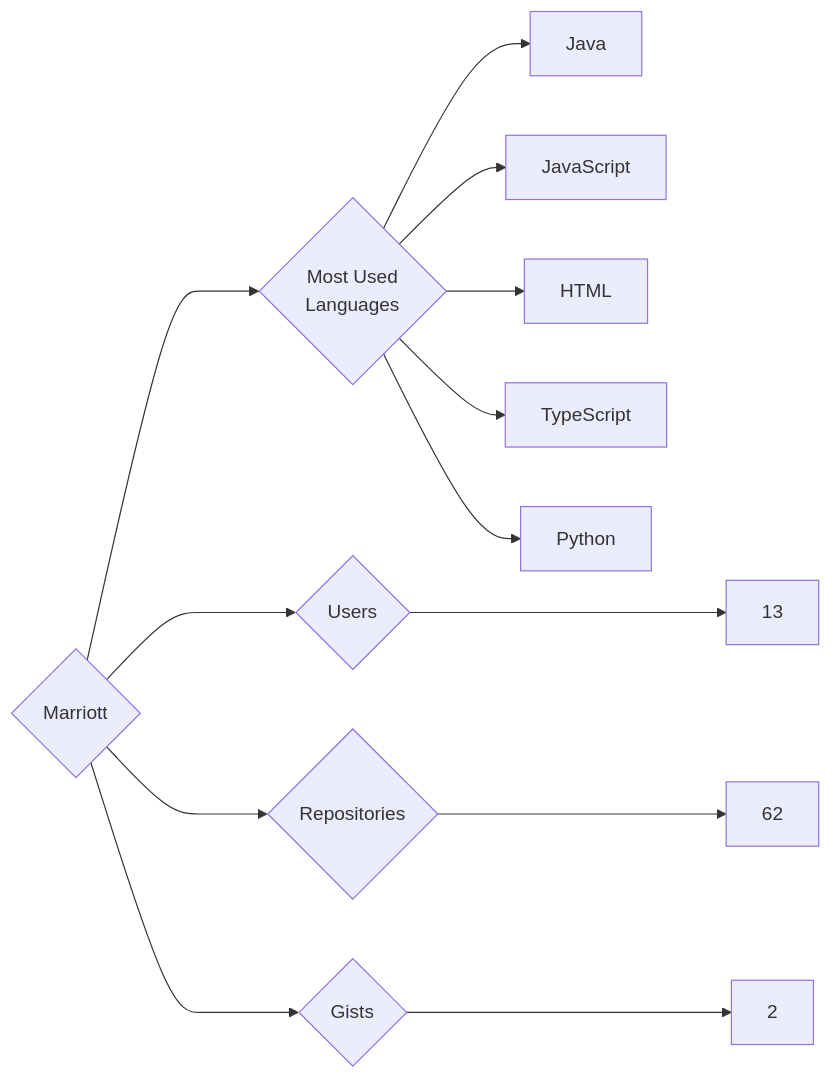
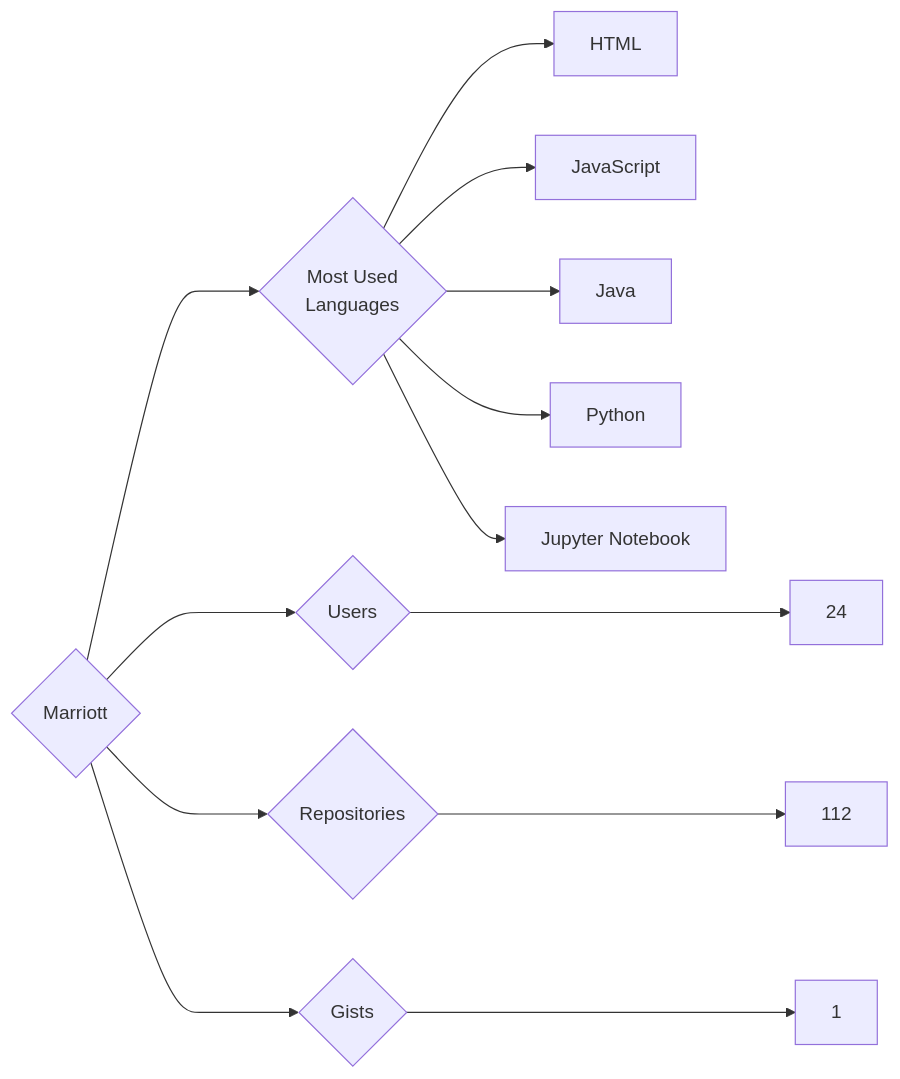
The diagram in targets/Marriott/README.md (trickest/insiders), drawn with Mermaid before and after one commit. The commit also changed 878 other files, not shown here.

````diff
--- a/targets/Marriott/README.md
+++ b/targets/Marriott/README.md
@@ -3,13 +3,13 @@
 ```mermaid
 graph LR
 COMPANY_NAME{Marriott}
-COMPANY_NAME ---> U{Users} ---> UN[13]
-COMPANY_NAME ---> R{Repositories} ---> RN[62]
-COMPANY_NAME ---> G{Gists} ---> GN[2]
+COMPANY_NAME ---> U{Users} ---> UN[24]
+COMPANY_NAME ---> R{Repositories} ---> RN[112]
+COMPANY_NAME ---> G{Gists} ---> GN[1]
 COMPANY_NAME ---> ML{Most Used<br>Languages}
+ML --> HTML[HTML]
+ML --> JavaScript[JavaScript]
 ML --> Java[Java]
-ML --> JavaScript[JavaScript]
-ML --> HTML[HTML]
-ML --> TypeScript[TypeScript]
 ML --> Python[Python]
+ML --> Jupyter_Notebook[Jupyter Notebook]
 ```
````
